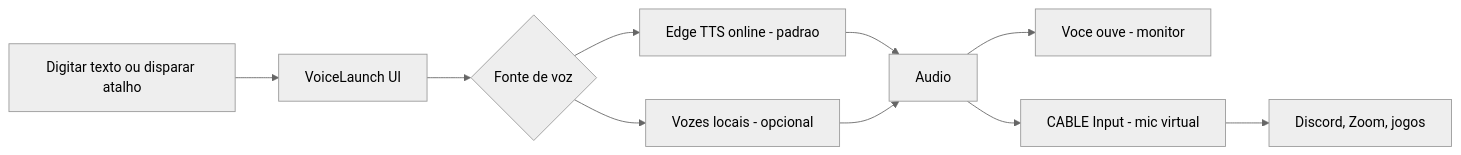
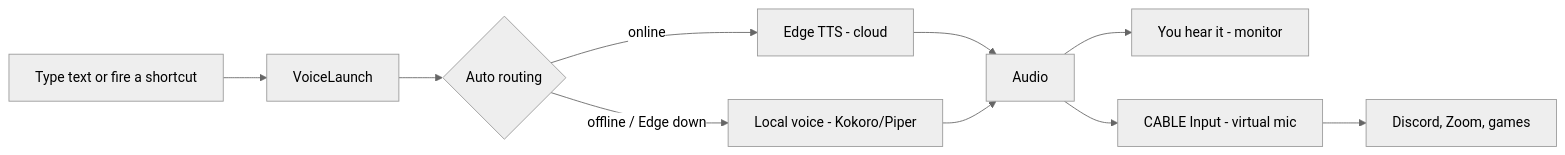
One commit to skarL007/sound_voice changed the diagram in README.md. Above: the diagram before and after it, drawn with Mermaid (neutral theme). The commit also changed other lines of this file and 27 other files, not shown here.

````diff
--- a/README.md
+++ b/README.md
@@ -89,12 +108,12 @@
 ```mermaid
 flowchart LR
-    A[Digitar texto ou disparar atalho] --> B[VoiceLaunch UI]
-    B --> C{Fonte de voz}
-    C --> D[Edge TTS online - padrao]
-    C --> E[Vozes locais - opcional]
+    A[Type text or fire a shortcut] --> B[VoiceLaunch]
+    B --> C{Auto routing}
+    C -->|online| D[Edge TTS - cloud]
+    C -->|offline / Edge down| E[Local voice - Kokoro/Piper]
     D --> F[Audio]
     E --> F
-    F --> G[Voce ouve - monitor]
-    F --> H[CABLE Input - mic virtual]
-    H --> I[Discord, Zoom, jogos]
+    F --> G[You hear it - monitor]
+    F --> H[CABLE Input - virtual mic]
+    H --> I[Discord, Zoom, games]
 ```
````
